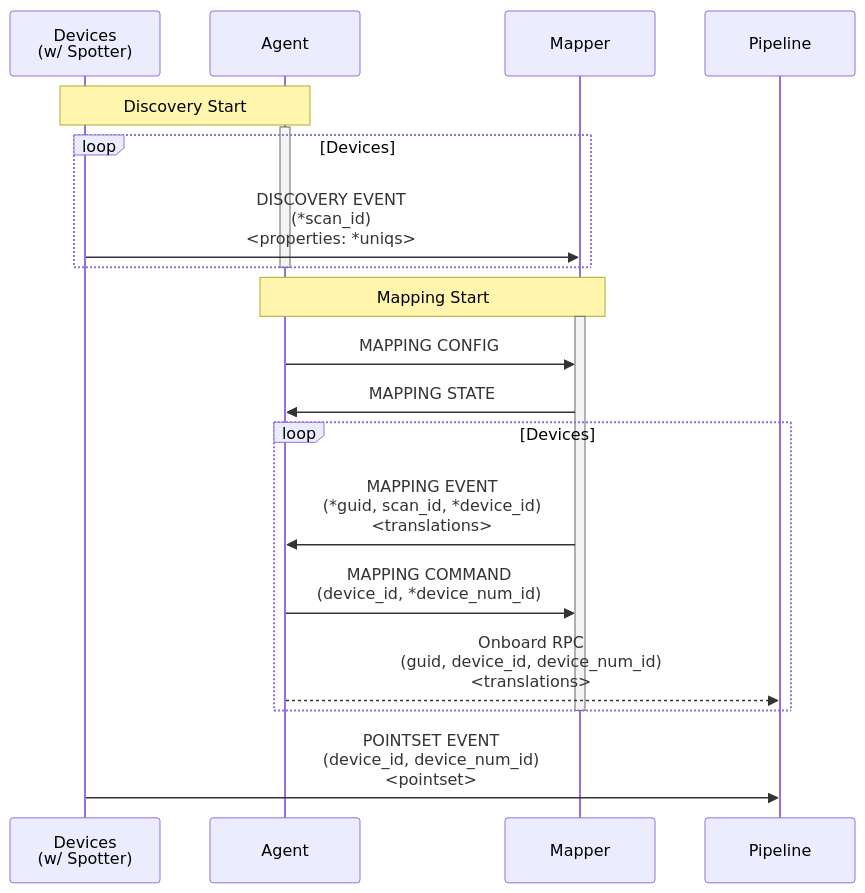
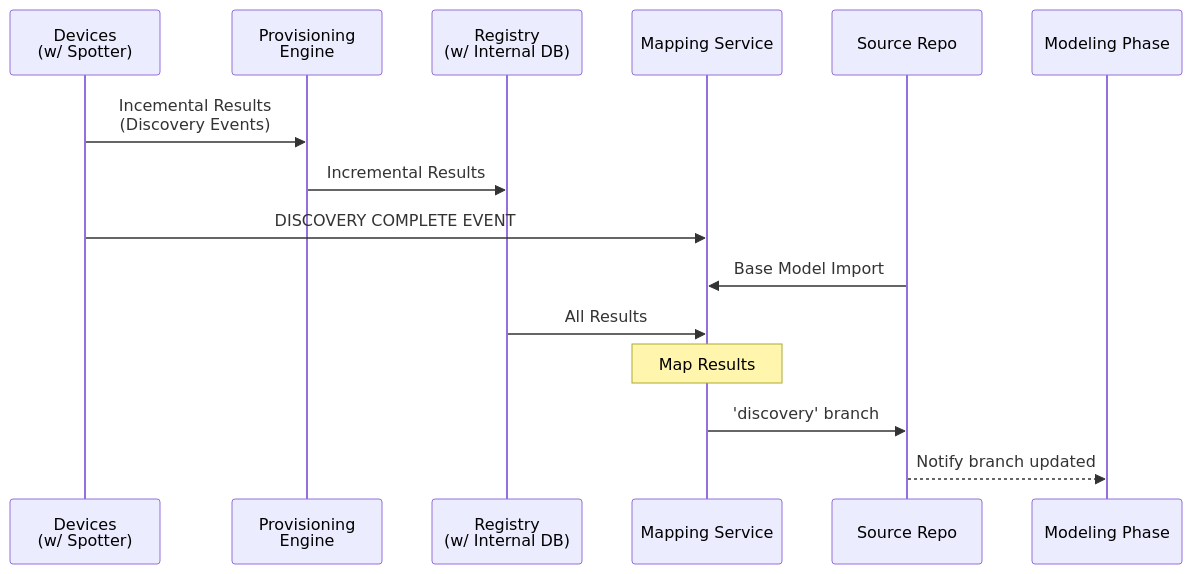
The diagram in docs/specs/mapping.md (faucetsdn/udmi), drawn with Mermaid before and after one commit. The commit also changed other lines of this file and 2 other files, not shown here.

Commit message:
update discovery and mapping documentation

````diff
--- a/docs/specs/mapping.md
+++ b/docs/specs/mapping.md
@@ -24,25 +23,18 @@
 ```mermaid
 sequenceDiagram
   %%{wrap}%%
   participant Devices as Devices<br/>(w/ Spotter)
-  participant Agent
-  participant Mapper
-  participant Pipeline
-  Note over Devices, Agent: Discovery Start
-  activate Agent
-  loop Devices
-    Devices->>Mapper: DISCOVERY EVENT<br/>(*scan_id)<br/><properties: *uniqs>
-  end
-  deactivate Agent
-  Note over Agent, Mapper: Mapping Start
-  activate Mapper
-  Agent->>Mapper: MAPPING CONFIG
-  Mapper->>Agent: MAPPING STATE
-  loop Devices
-    Mapper->>Agent: MAPPING EVENT<br/>(*guid, scan_id, *device_id)<br/><translations>
-    Agent->>Mapper: MAPPING COMMAND<br/>(device_id, *device_num_id)
-    Agent-->>Pipeline: Onboard RPC<br/>(guid, device_id, device_num_id)<br/><translations>
-  end
-  deactivate Mapper
-  Devices->>Pipeline: POINTSET EVENT<br/>(device_id, device_num_id)<br/><pointset>
+  participant Provisioning Engine
+  participant Registry as Registry<br/>(w/ Internal DB)
+  participant Mapping Service
+  participant Source Repo 
+  participant Modeling Phase
+  Devices->>Provisioning Engine: Incemental Results<br/>(Discovery Events)
+  Provisioning Engine->>Registry: Incremental Results
+  Devices->>Mapping Service: DISCOVERY COMPLETE EVENT
+  Source Repo->>Mapping Service: Base Model Import
+  Registry->>Mapping Service: All Results
+  Note over Mapping Service: Map Results
+  Mapping Service->>Source Repo: 'discovery' branch
+  Source Repo-->>Modeling Phase: Notify branch updated
 ```
````
